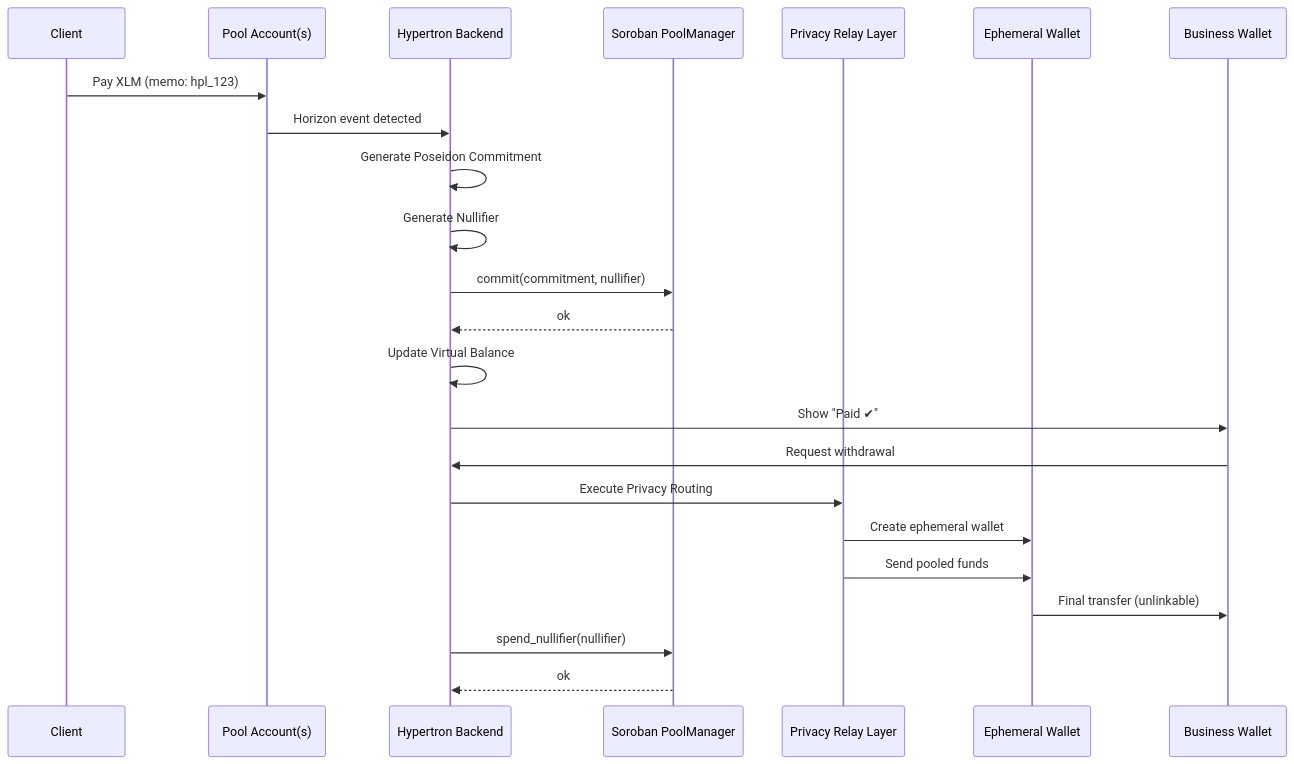
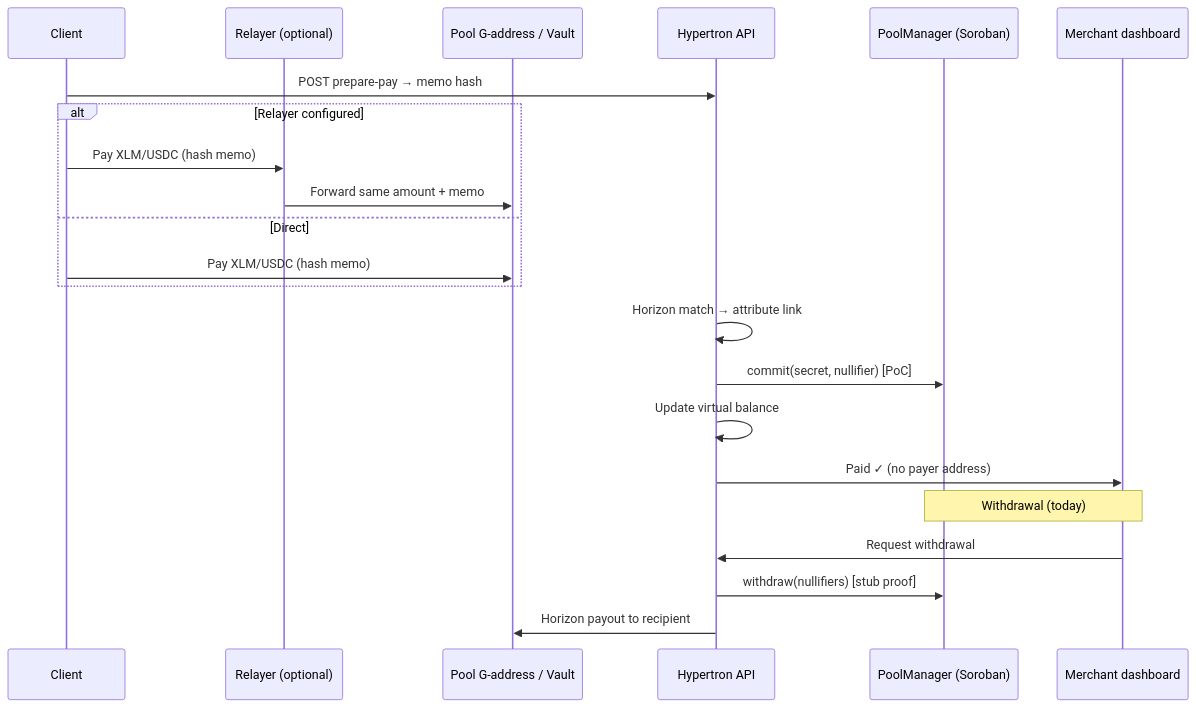
Before and after one commit to karar189/cosmos: the diagram in README.md, drawn with Mermaid. The commit also changed other lines of this file, not shown here.

````diff
--- a/README.md
+++ b/README.md
@@ -95,37 +131,26 @@
 ```mermaid
 sequenceDiagram
     participant Client
-    participant Pool as Pool Account(s)
-    participant Backend as Hypertron Backend
-    participant Contract as Soroban PoolManager
-    participant Router as Privacy Relay Layer
-    participant EWA as Ephemeral Wallet
-    participant Biz as Business Wallet
+    participant Relayer as Relayer (optional)
+    participant Pool as Pool G-address / Vault
+    participant API as Hypertron API
+    participant Soroban as PoolManager (Soroban)
+    participant Biz as Merchant dashboard
 
-    %% Payment
-    Client->>Pool: Pay XLM (memo: hpl_123)
-    Pool->>Backend: Horizon event detected
+    Client->>API: POST prepare-pay → memo hash
+    alt Relayer configured
+        Client->>Relayer: Pay XLM/USDC (hash memo)
+        Relayer->>Pool: Forward same amount + memo
+    else Direct
+        Client->>Pool: Pay XLM/USDC (hash memo)
+    end
+    API->>API: Horizon match → attribute link
+    API->>Soroban: commit(secret, nullifier) [PoC]
+    API->>API: Update virtual balance
+    API->>Biz: Paid ✓ (no payer address)
 
-    %% Attribution
-    Backend->>Backend: Generate Poseidon Commitment
-    Backend->>Backend: Generate Nullifier
-    Backend->>Contract: commit(commitment, nullifier)
-    Contract-->>Backend: ok
-
-    %% Dashboard
-    Backend->>Backend: Update Virtual Balance
-    Backend->>Biz: Show "Paid ✔"
-
-    %% Withdrawal
-    Biz->>Backend: Request withdrawal
-    Backend->>Router: Execute Privacy Routing
-
-    %% Routing
-    Router->>EWA: Create ephemeral wallet
-    Router->>EWA: Send pooled funds
-    EWA->>Biz: Final transfer (unlinkable)
-
-    %% Nullifier Spend
-    Backend->>Contract: spend_nullifier(nullifier)
-    Contract-->>Backend: ok
+    Note over Biz,Soroban: Withdrawal (today)
+    Biz->>API: Request withdrawal
+    API->>Soroban: withdraw(nullifiers) [stub proof]
+    API->>Pool: Horizon payout to recipient
 ```
````
